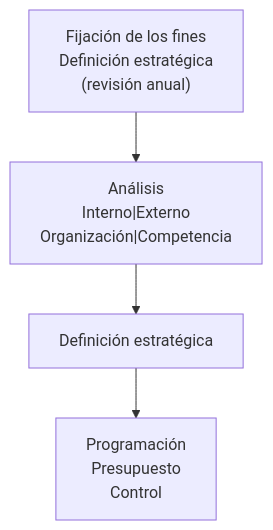
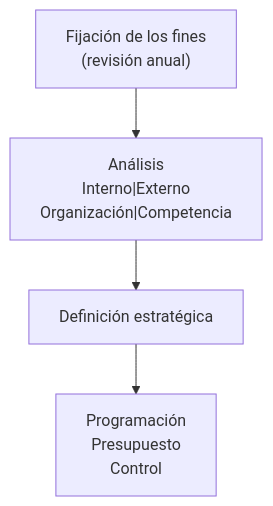
Before and after one commit to SergioHerreroSanz/dam2d17: the first of 3 diagrams in Sistemas de Gestión Empresarial/T1. Identificación de sistemas ERP-CRM.md, drawn with Mermaid. The commit also changed other lines of this file and 1 other file, not shown here.

````diff
--- a/Sistemas de Gestión Empresarial/T1. Identificación de sistemas ERP-CRM.md
+++ b/Sistemas de Gestión Empresarial/T1. Identificación de sistemas ERP-CRM.md
@@ -79,9 +79,9 @@
 ```mermaid
 graph TB
-A["Fijación de los fines<br/>Definición estratégica<br/>(revisión anual)"]
+A["Fijación de los fines<br/>(revisión anual)"]
 B1["Análisis<br/>Interno|Externo<br/>Organización|Competencia"]
 C[Definición estratégica]
 D[Programación<br/>Presupuesto<br/>Control]
 
 A-->B1-->C-->D
 ```
````
